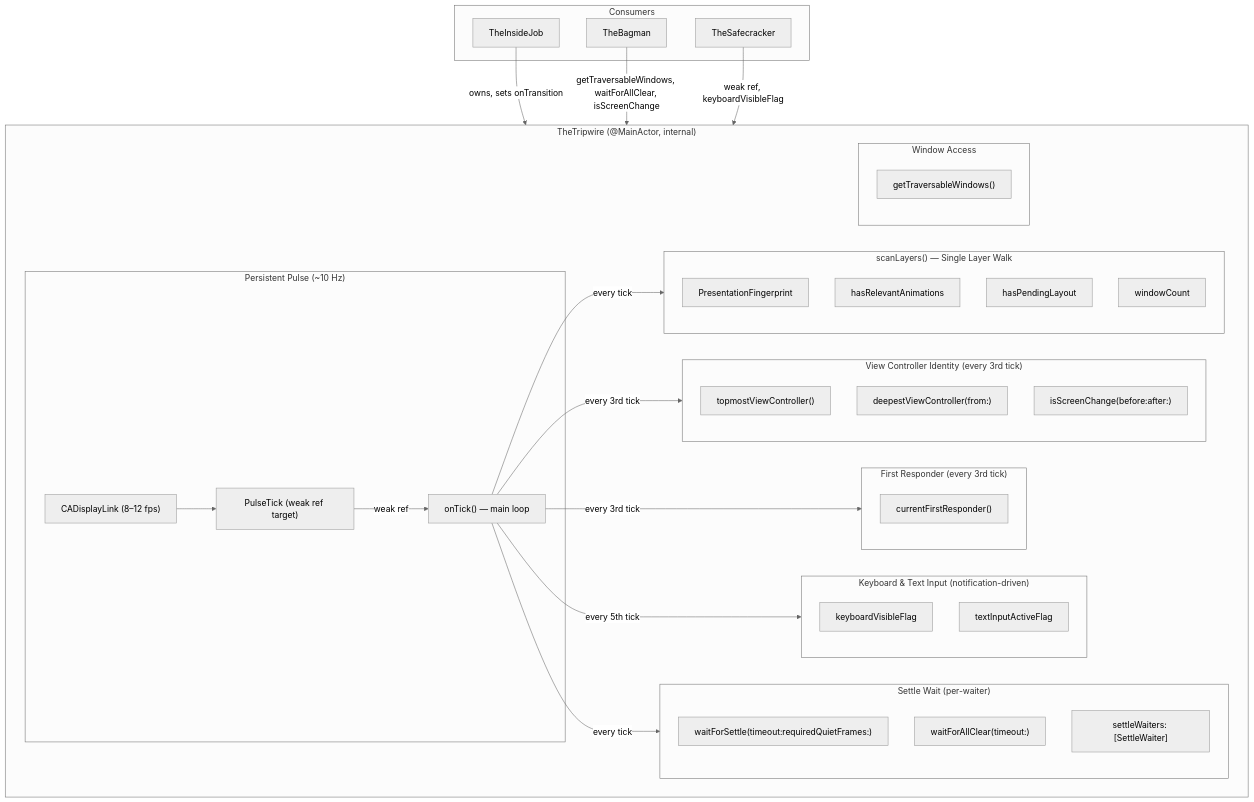
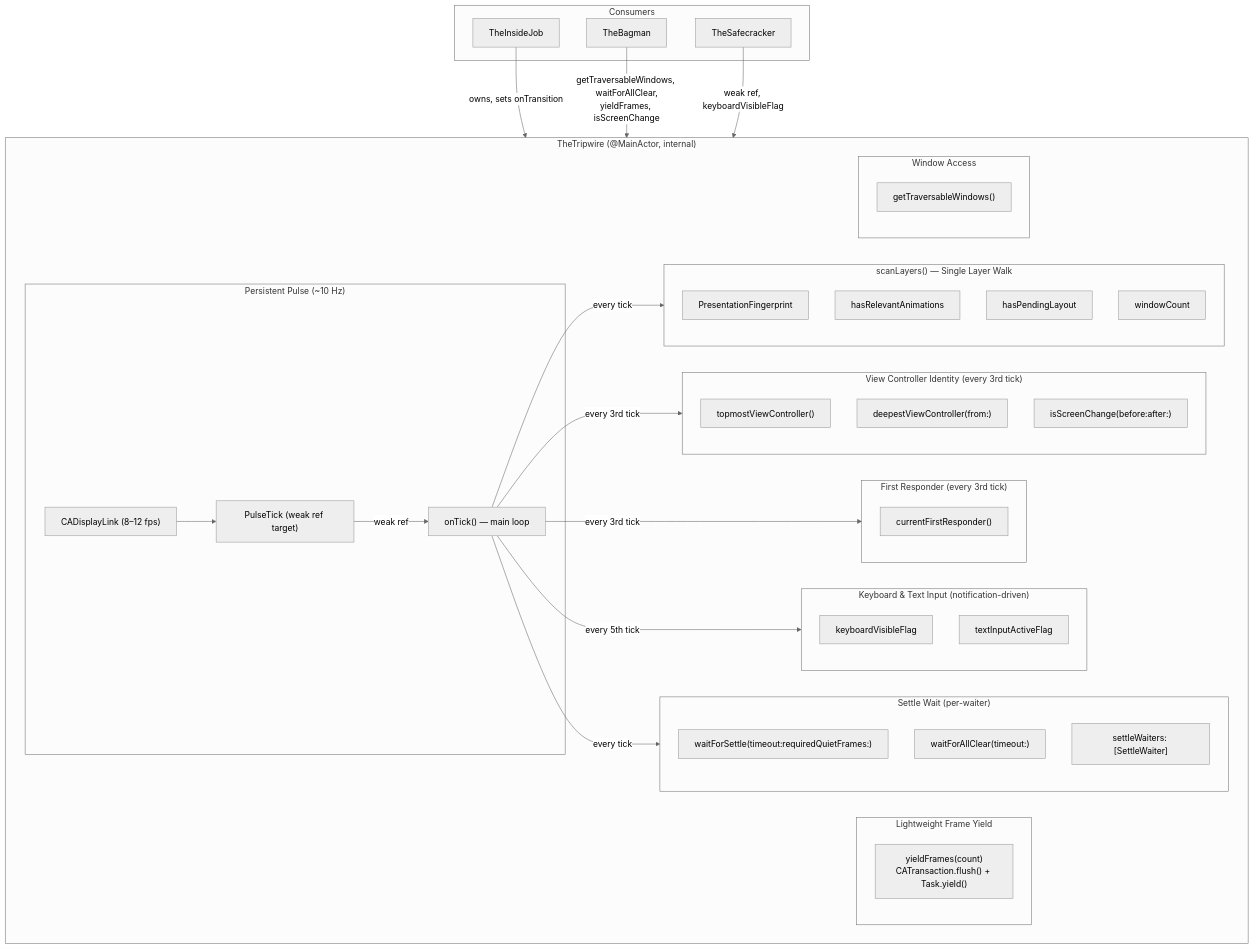
The first of 6 diagrams in docs/dossiers/14-THETRIPWIRE.md (RoyalPineapple/TheButtonHeist), drawn with Mermaid (neutral theme) before and after one commit. The commit also changed other lines of this file and 61 other files, not shown here.

````diff
--- a/docs/dossiers/14-THETRIPWIRE.md
+++ b/docs/dossiers/14-THETRIPWIRE.md
@@ -39,60 +39,64 @@
 ```mermaid
 graph TD
     subgraph TheTripwire["TheTripwire (@MainActor, internal)"]
         subgraph Pulse["Persistent Pulse (~10 Hz)"]
             PulseTick["PulseTick (weak ref target)"]
             DisplayLink["CADisplayLink (8–12 fps)"]
             OnTick["onTick() — main loop"]
         end
 
         subgraph Scan["scanLayers() — Single Layer Walk"]
             FP["PresentationFingerprint"]
             Anim["hasRelevantAnimations"]
             Layout["hasPendingLayout"]
             WinCount["windowCount"]
         end
 
         subgraph VCIdentity["View Controller Identity (every 3rd tick)"]
             TopVC["topmostViewController()"]
             DeepVC["deepestViewController(from:)"]
             ScreenChange["isScreenChange(before:after:)"]
         end
 
         subgraph Focus["First Responder (every 3rd tick)"]
             FirstResp["currentFirstResponder()"]
         end
 
         subgraph Keyboard["Keyboard & Text Input (notification-driven)"]
             KBFlag["keyboardVisibleFlag"]
             TextFlag["textInputActiveFlag"]
         end
 
         subgraph Settle["Settle Wait (per-waiter)"]
             WaitSettle["waitForSettle(timeout:requiredQuietFrames:)"]
             WaitAllClear["waitForAllClear(timeout:)"]
             Waiters["settleWaiters: [SettleWaiter]"]
         end
 
+        subgraph FrameYield["Lightweight Frame Yield"]
+            YieldFrames["yieldFrames(count)<br/>CATransaction.flush() + Task.yield()"]
+        end
+
         subgraph Windows["Window Access"]
             GetWindows["getTraversableWindows()"]
         end
     end
 
     DisplayLink --> PulseTick
     PulseTick -->|"weak ref"| OnTick
     OnTick -->|"every tick"| Scan
     OnTick -->|"every 3rd tick"| VCIdentity
     OnTick -->|"every 3rd tick"| Focus
     OnTick -->|"every 5th tick"| Keyboard
     OnTick -->|"every tick"| Settle
 
     subgraph Consumers["Consumers"]
         IJ["TheInsideJob"]
         BM["TheBagman"]
         SC["TheSafecracker"]
     end
 
     IJ -->|"owns, sets onTransition"| TheTripwire
-    BM -->|"getTraversableWindows, waitForAllClear, isScreenChange"| TheTripwire
+    BM -->|"getTraversableWindows, waitForAllClear,<br/>yieldFrames, isScreenChange"| TheTripwire
     SC -->|"weak ref, keyboardVisibleFlag"| TheTripwire
 ```
````
